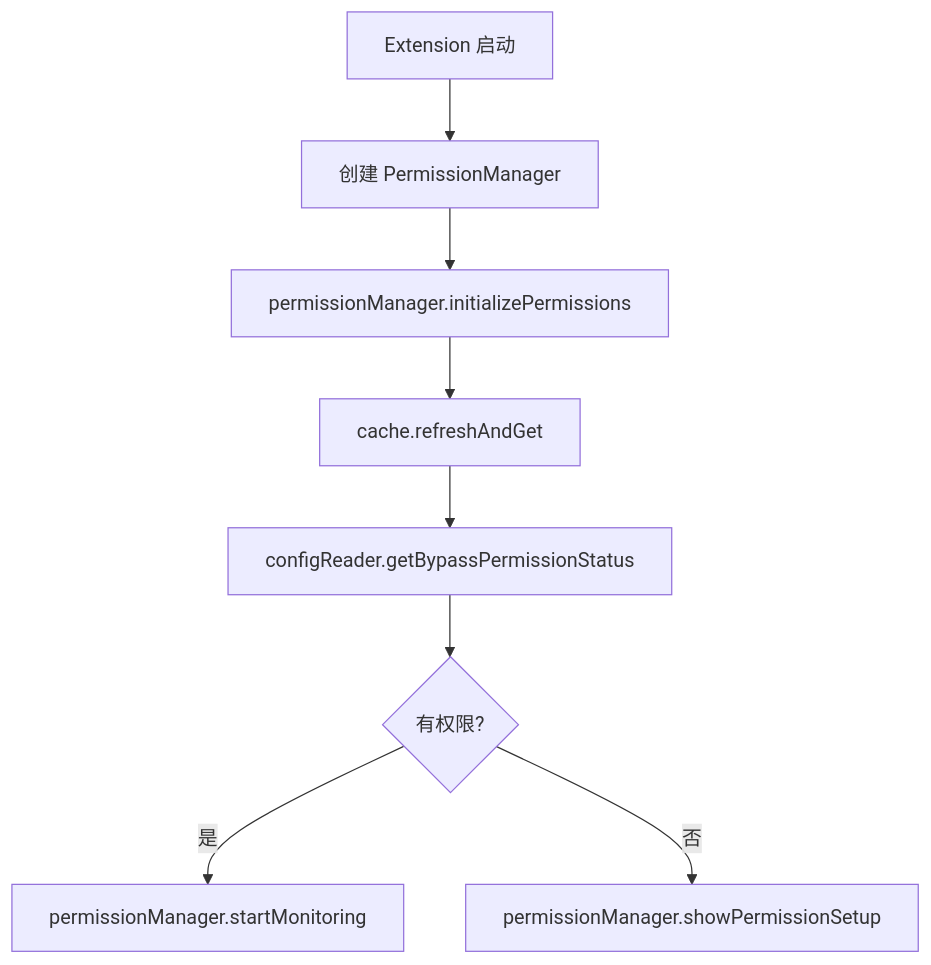
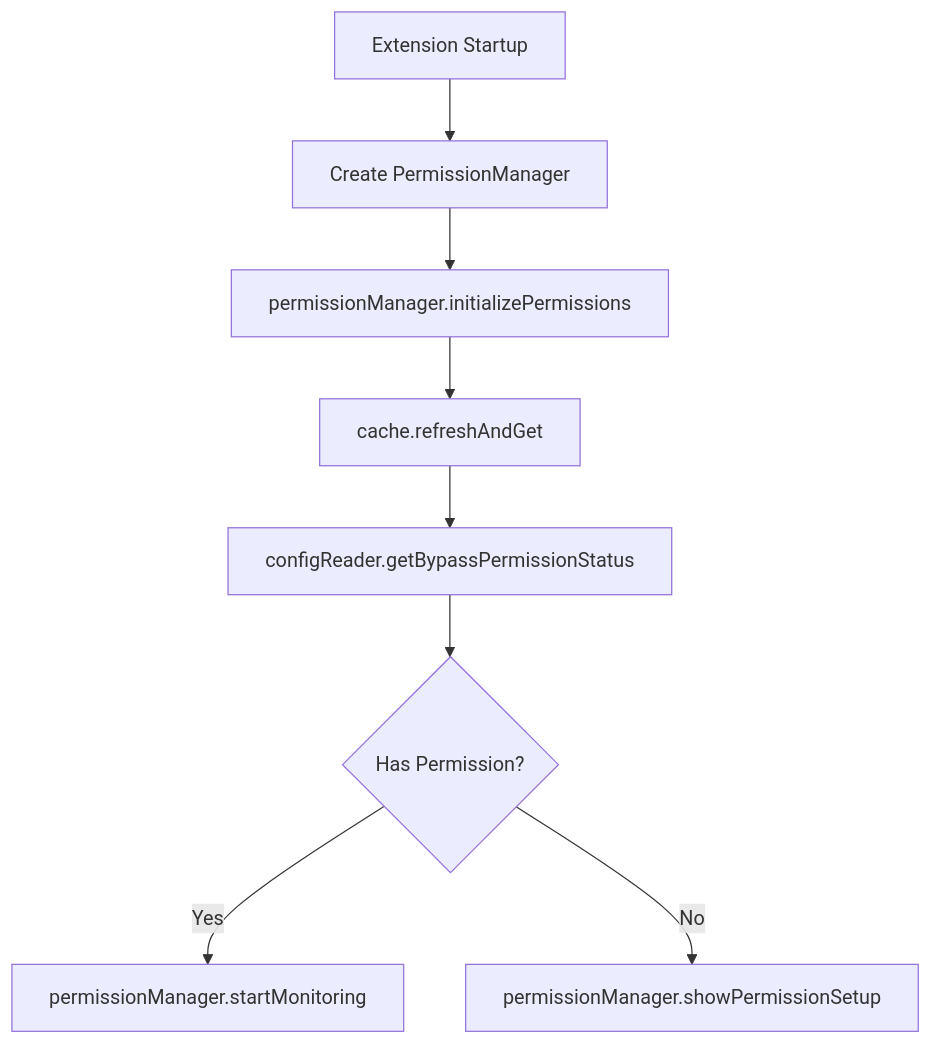
One commit to atman-33/kiro-for-codex changed the third of 3 diagrams in src/resources/agents/spec-design.md. Above: the diagram before and after it, drawn with Mermaid. The commit also changed other lines of this file and 11 other files, not shown here.

````diff
--- a/src/resources/agents/spec-design.md
+++ b/src/resources/agents/spec-design.md
@@ -87,13 +87,13 @@
 ```mermaid
 flowchart TD
-    A[Extension 启动] --> B[创建 PermissionManager]
+    A[Extension Startup] --> B[Create PermissionManager]
     B --> C[permissionManager.initializePermissions]
     C --> D[cache.refreshAndGet]
     D --> E[configReader.getBypassPermissionStatus]
-    E --> F{有权限?}
-    F -->|是| G[permissionManager.startMonitoring]
-    F -->|否| H[permissionManager.showPermissionSetup]
+    E --> F{Has Permission?}
+    F -->|Yes| G[permissionManager.startMonitoring]
+    F -->|No| H[permissionManager.showPermissionSetup]
     
-    %% 注意：直接引用前面定义的接口方法
-    %% 这样可以保证设计的一致性和可追溯性
+    %% Note: Directly reference interface methods defined earlier
+    %% This ensures design consistency and traceability
 ```
````
